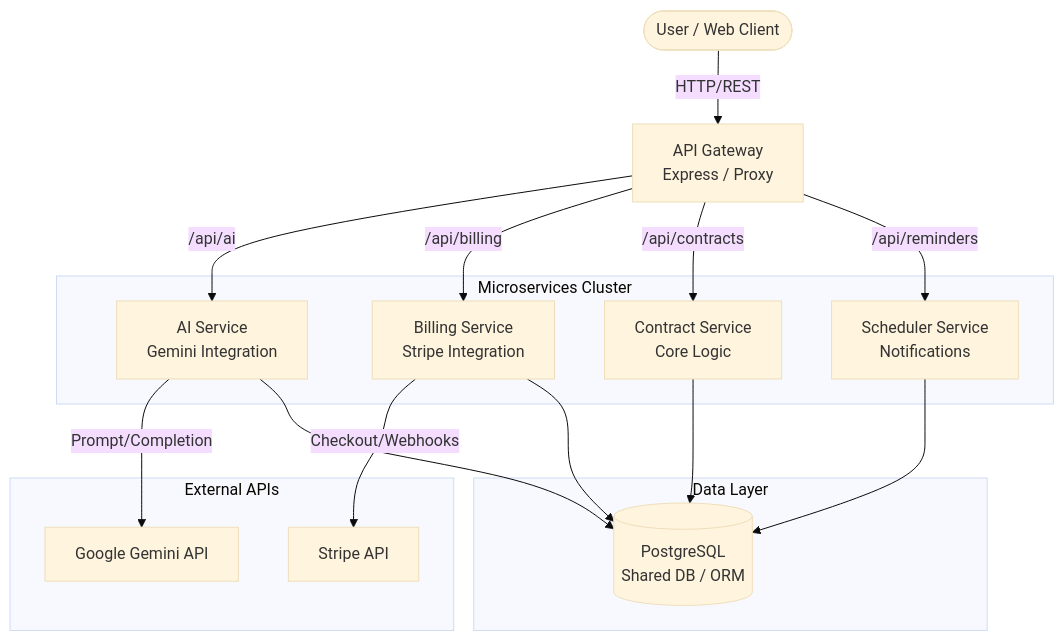
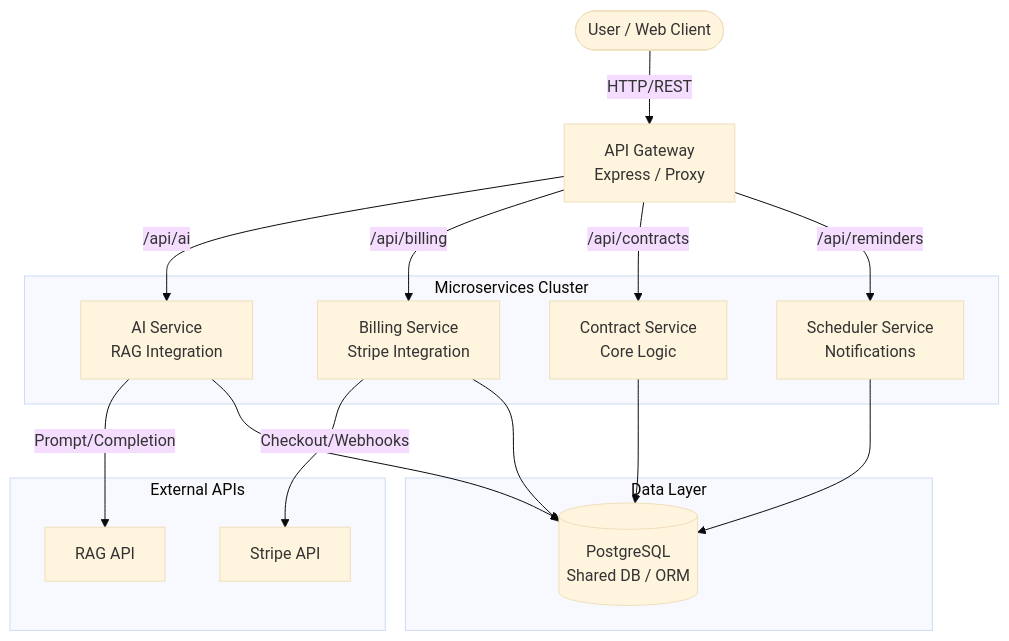
Before and after one commit to Sushrut-B/ClauseGuard-: the diagram in README.md, drawn with Mermaid (base theme). The commit also changed other lines of this file and 18 other files, not shown here.

First line of the commit message:
feat: Add Google OAuth integration with Mock Mode fallback

````diff
--- a/README.md
+++ b/README.md
@@ -23,35 +23,35 @@
 ```mermaid
 graph TD
     User([User / Web Client])
     Gateway[API Gateway<br>Express / Proxy]
     
     subgraph Microservices Cluster
-        AI[AI Service<br>Gemini Integration]
+        AI[AI Service<br>RAG Integration]
         Billing[Billing Service<br>Stripe Integration]
         Contract[Contract Service<br>Core Logic]
         Scheduler[Scheduler Service<br>Notifications]
     end
     
     subgraph External APIs
-        Gemini[Google Gemini API]
+        RAG[RAG API]
         Stripe[Stripe API]
     end
     
     subgraph Data Layer
         DB[(PostgreSQL<br>Shared DB / ORM)]
     end
     
     User -->|HTTP/REST| Gateway
     Gateway -->|/api/ai| AI
     Gateway -->|/api/billing| Billing
     Gateway -->|/api/contracts| Contract
     Gateway -->|/api/reminders| Scheduler
     
-    AI -->|Prompt/Completion| Gemini
+    AI -->|Prompt/Completion| RAG
     Billing -->|Checkout/Webhooks| Stripe
     
     AI --> DB
     Billing --> DB
     Contract --> DB
     Scheduler --> DB
 ```
````
